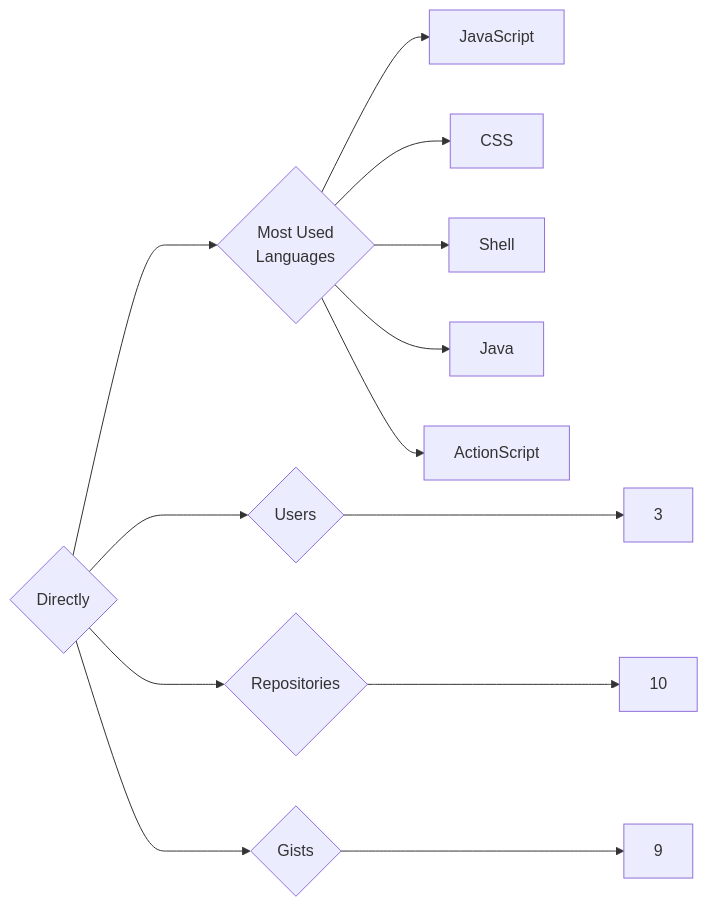
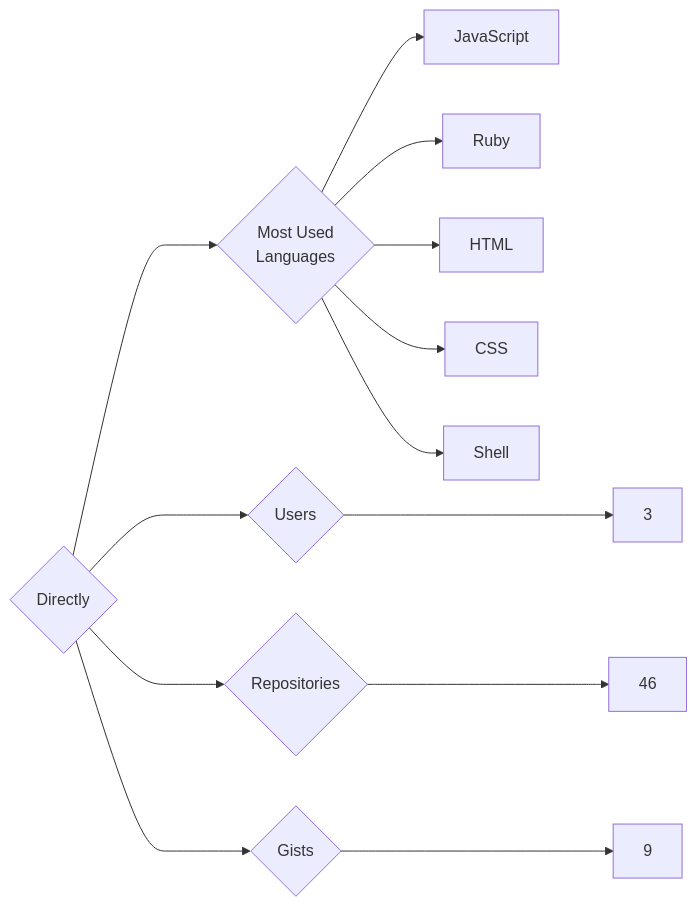
One commit to trickest/insiders changed the diagram in targets/Directly/README.md. Above: the diagram before and after it, drawn with Mermaid. The commit also changed 1149 other files, not shown here.

````diff
--- a/targets/Directly/README.md
+++ b/targets/Directly/README.md
@@ -3,13 +3,13 @@
 ```mermaid
 graph LR
 COMPANY_NAME{Directly}
 COMPANY_NAME ---> U{Users} ---> UN[3]
-COMPANY_NAME ---> R{Repositories} ---> RN[10]
+COMPANY_NAME ---> R{Repositories} ---> RN[46]
 COMPANY_NAME ---> G{Gists} ---> GN[9]
 COMPANY_NAME ---> ML{Most Used<br>Languages}
 ML --> JavaScript[JavaScript]
+ML --> Ruby[Ruby]
+ML --> HTML[HTML]
 ML --> CSS[CSS]
 ML --> Shell[Shell]
-ML --> Java[Java]
-ML --> ActionScript[ActionScript]
 ```
````
